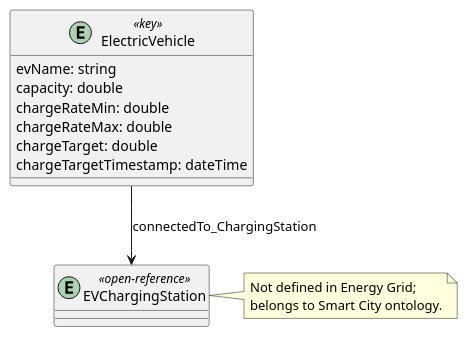
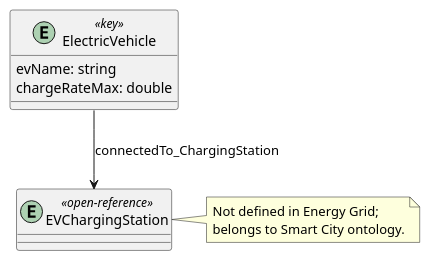
One commit to HenriKCorrea/agentwin-knowledge-graph changed the diagram in diagrams/energy-grid/energy-grid-electric-vehicle.puml. Above: the diagram before and after it, drawn with PlantUML.

Commit message:
fix: ElectricVehicle key props

```diff
--- a/diagrams/energy-grid/energy-grid-electric-vehicle.puml
+++ b/diagrams/energy-grid/energy-grid-electric-vehicle.puml
@@ -7,35 +7,35 @@
 @startuml Energy Grid Electric Vehicle
 
 ' NOTE: EVChargingStation is referenced here for cross-domain linkage,
 ' but it is not defined in the Energy Grid ontology. It belongs to the Smart City ontology.
 entity EVChargingStation <<open-reference>> {
 }
 
 ' Adapted from CIM and https://github.com/smart-data-models/dataModel.EnergyCIM/ data models: an electric vehicle model
 ' An electric vehicle (EV) is a vehicle that uses one or more electric motors or traction motors for propulsion.
 ' An electric vehicle may be powered through a collector system by electricity from off-vehicle sources,
 ' or may be self-contained with a battery, solar panels, fuel cells or an electric generator to convert fuel to electricity.
 '
 ' <<key>> decision:
 ' - **`ElectricVehicle`** — the demand side of the problem. Its `chargeRateMax` sets the upper bound on which station power levels are compatible, `chargeTarget` quantifies how much energy is needed, and `chargeTargetTimestamp` establishes urgency. Without these, no assignment decision can be made.
 entity ElectricVehicle <<key>> {
     evName: string /' The name of the electric vehicle. '/
-    capacity: double /' Total EV battery capacity. '/
+    ' capacity: double /' Total EV battery capacity. '/
     ' chargeMin: double /' Minimum charge limit. '/
-    chargeRateMin: double /' Minimum charging rate. '/
+    ' chargeRateMin: double /' Minimum charging rate. '/
     chargeRateMax: double /' Maximum charging rate. '/
     ' dischargeRateMin: double /' Minimum discharge rate. '/
     ' dischargeRateMax: double /' Maximum discharge rate. '/
-    chargeTarget: double /' Target capacity to be charged '/
-    chargeTargetTimestamp: dateTime /' Target end datetime to be charged '/
+    ' chargeTarget: double /' Target capacity to be charged '/
+    ' chargeTargetTimestamp: dateTime /' Target end datetime to be charged '/
     ' -- connectedTo_ChargingStation --> EVChargingStation /' EV --> ChargingStation '/
 }
 
 ElectricVehicle --> EVChargingStation : connectedTo_ChargingStation /' EV --> ChargingStation '/
 
 note right of EVChargingStation
 Not defined in Energy Grid;
 belongs to Smart City ontology.
 end note
 
 @enduml
```
